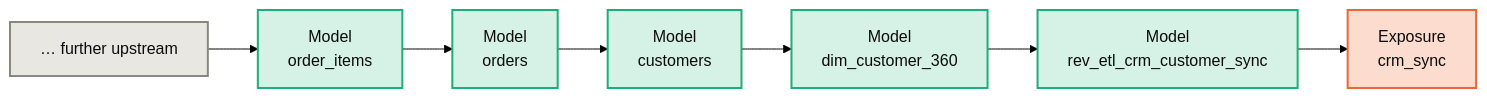
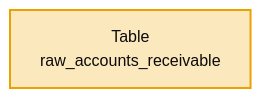
One commit to Atomz-org/data-platform changed the second of 3 diagrams in groups/jaffle/projects/jaffle-shop/kg/architecture.md. Above: the diagram before and after it, drawn with Mermaid (forest theme). The commit also changed other lines of this file and 17 other files, not shown here.

First line of the commit message:
Rebuild the graphs and maps CI checks, for what this PR touches

````diff
--- a/groups/jaffle/projects/jaffle-shop/kg/architecture.md
+++ b/groups/jaffle/projects/jaffle-shop/kg/architecture.md
@@ -54,14 +54,6 @@
 ```mermaid
 flowchart LR
-    XU["… further upstream"]:::neutral
-    X0["Model<br/>order_items"]:::model
-    X1["Model<br/>orders"]:::model
-    X2["Model<br/>customers"]:::model
-    X3["Model<br/>dim_customer_360"]:::model
-    X4["Model<br/>rev_etl_crm_customer_sync"]:::model
-    X5["Exposure<br/>crm_sync"]:::exposure
-    XU --> X0 --> X1 --> X2 --> X3 --> X4 --> X5
-    classDef exposure fill:#fbdccf,stroke:#eb6834,stroke-width:2px,color:#0b0b0b
-    classDef model fill:#d6f2e6,stroke:#1baf7a,stroke-width:2px,color:#0b0b0b
-    classDef neutral fill:#e8e7e2,stroke:#898781,stroke-width:2px,color:#0b0b0b
+    X0["Table<br/>raw_accounts_receivable"]:::raw
+    X0
+    classDef raw fill:#fbe8bd,stroke:#eda100,stroke-width:2px,color:#0b0b0b
 ```
````
